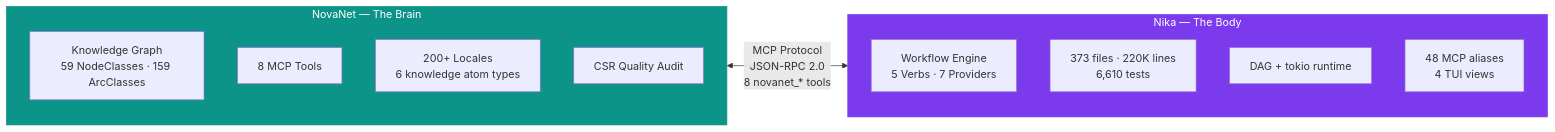
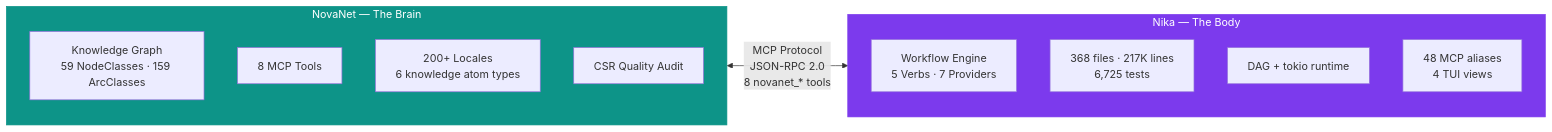
The first of 14 diagrams in tools/nika/docs/brainstorm/nika-evolution/06-research-synthesis-report.md (supernovae-st/nika), drawn with Mermaid before and after one commit. The commit also changed other lines of this file and 35 other files, not shown here.

````diff
--- a/tools/nika/docs/brainstorm/nika-evolution/06-research-synthesis-report.md
+++ b/tools/nika/docs/brainstorm/nika-evolution/06-research-synthesis-report.md
@@ -26,23 +26,23 @@
 ```mermaid
 flowchart LR
     subgraph BRAIN["NovaNet — The Brain"]
         direction TB
         B1["Knowledge Graph\n59 NodeClasses · 159 ArcClasses"]
         B2["8 MCP Tools"]
         B3["200+ Locales\n6 knowledge atom types"]
         B4["CSR Quality Audit"]
     end
 
     subgraph BODY["Nika — The Body"]
         direction TB
         K1["Workflow Engine\n5 Verbs · 7 Providers"]
-        K2["373 files · 220K lines\n6,610 tests"]
+        K2["368 files · 217K lines\n6,725 tests"]
         K3["DAG + tokio runtime"]
         K4["48 MCP aliases\n4 TUI views"]
     end
 
     BRAIN <-->|"MCP Protocol\nJSON-RPC 2.0\n8 novanet_* tools"| BODY
 
     style BRAIN fill:#0d9488,color:#fff,stroke:#0d9488
     style BODY fill:#7c3aed,color:#fff,stroke:#7c3aed
 ```
````
